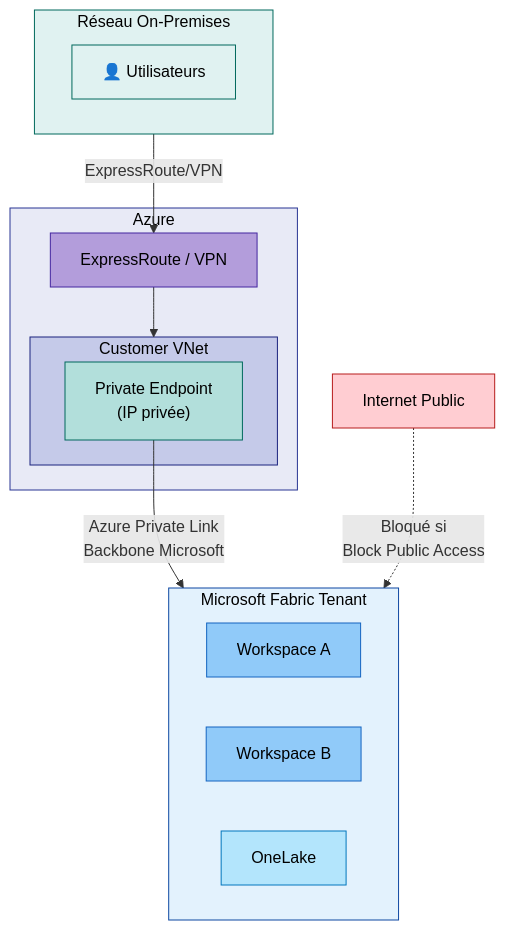
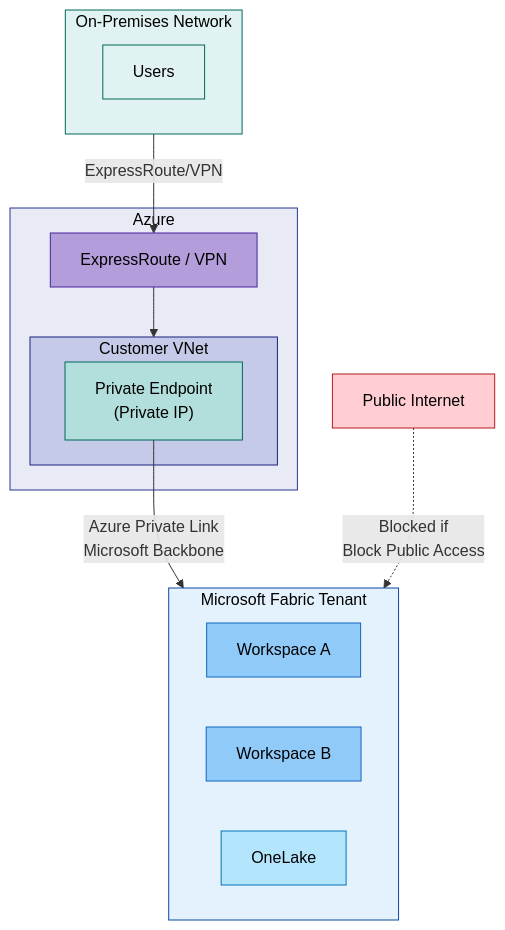
One commit to fredgis/fabric-foundry-kb changed the fourth of 12 diagrams in Fabric_Network_Security.md. Above: the diagram before and after it, drawn with Mermaid. The commit also changed other lines of this file and 2 other files, not shown here.

First line of the commit message:
Translate Fabric Network Security guide to English

````diff
--- a/Fabric_Network_Security.md
+++ b/Fabric_Network_Security.md
@@ -203,37 +203,37 @@
 ```mermaid
 flowchart TB
-    subgraph OnPrem["Réseau On-Premises"]
-        UserOP["👤 Utilisateurs"]
+    subgraph OnPrem["On-Premises Network"]
+        UserOP["Users"]
     end
 
     subgraph Azure["Azure"]
         subgraph VNet["Customer VNet"]
-            PE["Private Endpoint\n(IP privée)"]
+            PE["Private Endpoint\n(Private IP)"]
         end
         ER["ExpressRoute / VPN"]
     end
 
     subgraph Fabric["Microsoft Fabric Tenant"]
         WS1["Workspace A"]
         WS2["Workspace B"]
         OL["OneLake"]
     end
 
-    Internet["Internet Public"]
+    Internet["Public Internet"]
 
     OnPrem -->|ExpressRoute/VPN| ER --> VNet
-    PE -->|Azure Private Link\nBackbone Microsoft| Fabric
-    Internet -.->|Bloqué si\nBlock Public Access| Fabric
+    PE -->|Azure Private Link\nMicrosoft Backbone| Fabric
+    Internet -.->|Blocked if\nBlock Public Access| Fabric
 
     style OnPrem fill:#e0f2f1,stroke:#00695c,color:#000
     style Azure fill:#e8eaf6,stroke:#283593,color:#000
     style VNet fill:#c5cae9,stroke:#1a237e,color:#000
     style Fabric fill:#e3f2fd,stroke:#0d47a1,color:#000
     style Internet fill:#ffcdd2,stroke:#b71c1c,color:#000
     style PE fill:#b2dfdb,stroke:#00695c,color:#000
     style ER fill:#b39ddb,stroke:#4527a0,color:#000
     style WS1 fill:#90caf9,stroke:#1565c0,color:#000
     style WS2 fill:#90caf9,stroke:#1565c0,color:#000
     style OL fill:#b3e5fc,stroke:#0277bd,color:#000
     style UserOP fill:#e0f2f1,stroke:#00695c,color:#000
 ```
````
